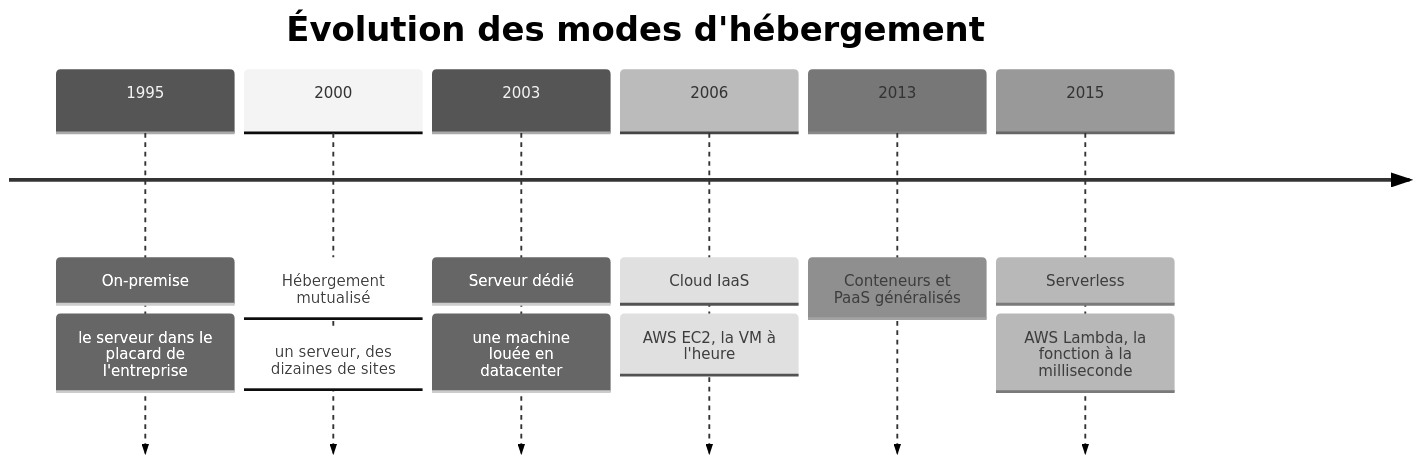
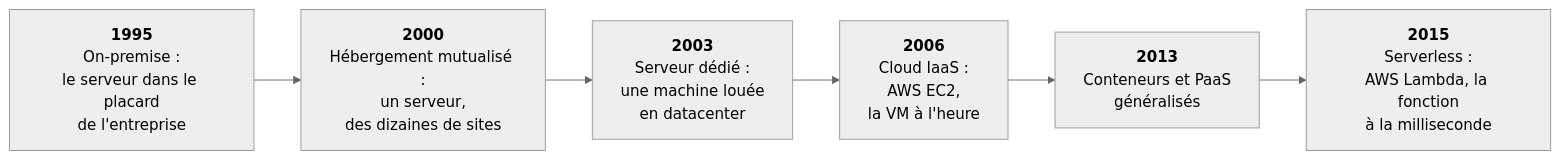
One commit to menraromial/ingenierie-deploiement changed the second of 2 diagrams in docs/semestre1/bloc1/cours/01-anatomie-serveur.md. Above: the diagram before and after it, drawn with Mermaid (neutral theme). The commit also changed 2 other files, not shown here.

Commit message:
Lisibilité : frise d'hébergement en flowchart (texte illisible en timeline), site_url sur menraromial.com

````diff
--- a/docs/semestre1/bloc1/cours/01-anatomie-serveur.md
+++ b/docs/semestre1/bloc1/cours/01-anatomie-serveur.md
@@ -114,10 +114,10 @@
 ```mermaid
-timeline
-    title Évolution des modes d'hébergement
-    1995 : On-premise : le serveur dans le placard de l'entreprise
-    2000 : Hébergement mutualisé : un serveur, des dizaines de sites
-    2003 : Serveur dédié : une machine louée en datacenter
-    2006 : Cloud IaaS : AWS EC2, la VM à l'heure
-    2013 : Conteneurs et PaaS généralisés
-    2015 : Serverless : AWS Lambda, la fonction à la milliseconde
+flowchart LR
+    A["<b>1995</b><br/>On-premise :<br/>le serveur dans le placard<br/>de l'entreprise"]
+    B["<b>2000</b><br/>Hébergement mutualisé :<br/>un serveur,<br/>des dizaines de sites"]
+    C["<b>2003</b><br/>Serveur dédié :<br/>une machine louée<br/>en datacenter"]
+    D["<b>2006</b><br/>Cloud IaaS :<br/>AWS EC2,<br/>la VM à l'heure"]
+    E["<b>2013</b><br/>Conteneurs et PaaS<br/>généralisés"]
+    F["<b>2015</b><br/>Serverless :<br/>AWS Lambda, la fonction<br/>à la milliseconde"]
+    A --> B --> C --> D --> E --> F
 ```
````
